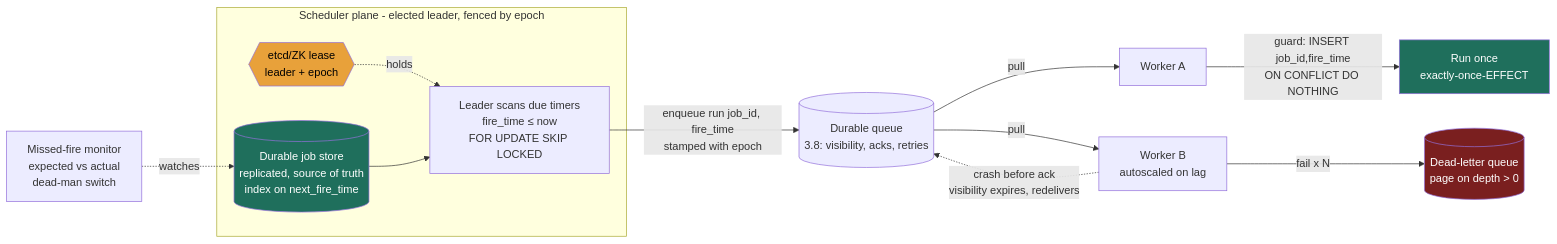
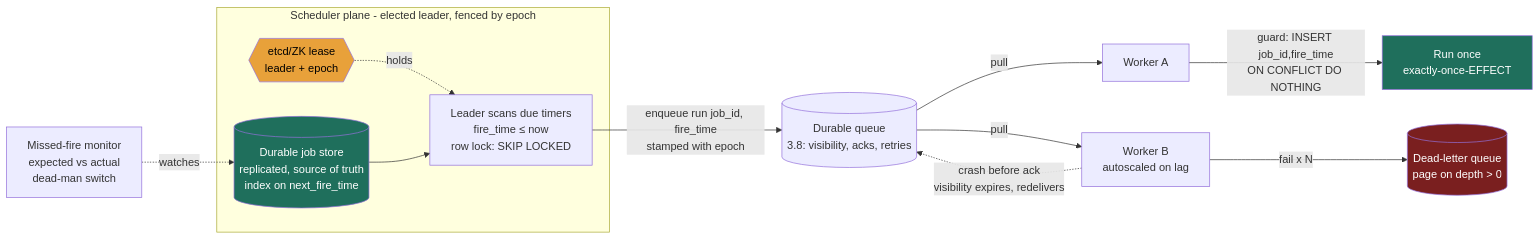
Before and after one commit to hkrathore/sysdesign-course: the first of 2 diagrams in src/content/docs/module-3/lesson-3-15.md, drawn with Mermaid. The commit also changed other lines of this file and 40 other files, not shown here.

````diff
--- a/src/content/docs/module-3/lesson-3-15.md
+++ b/src/content/docs/module-3/lesson-3-15.md
@@ -96,21 +115,21 @@
 ```mermaid
 flowchart LR
     subgraph SCH[Scheduler plane - elected leader, fenced by epoch]
       STORE[(Durable job store<br/>replicated, source of truth<br/>index on next_fire_time)]
       LEASE{{etcd/ZK lease<br/>leader + epoch}}
-      SCAN[Leader scans due timers<br/>fire_time &le; now<br/>FOR UPDATE SKIP LOCKED]
+      SCAN[Leader scans due timers<br/>fire_time &le; now<br/>row lock: SKIP LOCKED]
       LEASE -.holds.-> SCAN
       STORE --> SCAN
     end
     SCAN -->|enqueue run job_id, fire_time<br/>stamped with epoch| Q[(Durable queue<br/>3.8: visibility, acks, retries)]
     Q -->|pull| W1[Worker A]
     Q -->|pull| W2[Worker B<br/>autoscaled on lag]
     W1 -->|guard: INSERT job_id,fire_time<br/>ON CONFLICT DO NOTHING| OK[Run once<br/>exactly-once-EFFECT]
     W2 -.->|crash before ack<br/>visibility expires, redelivers| Q
     W2 -->|fail x N| DLQ[(Dead-letter queue<br/>page on depth > 0)]
     MON[Missed-fire monitor<br/>expected vs actual<br/>dead-man switch] -.watches.-> STORE
     style STORE fill:#1f6f5c,color:#fff
     style OK fill:#1f6f5c,color:#fff
     style DLQ fill:#7a1f1f,color:#fff
     style LEASE fill:#e8a13a,color:#000
 ```
````
